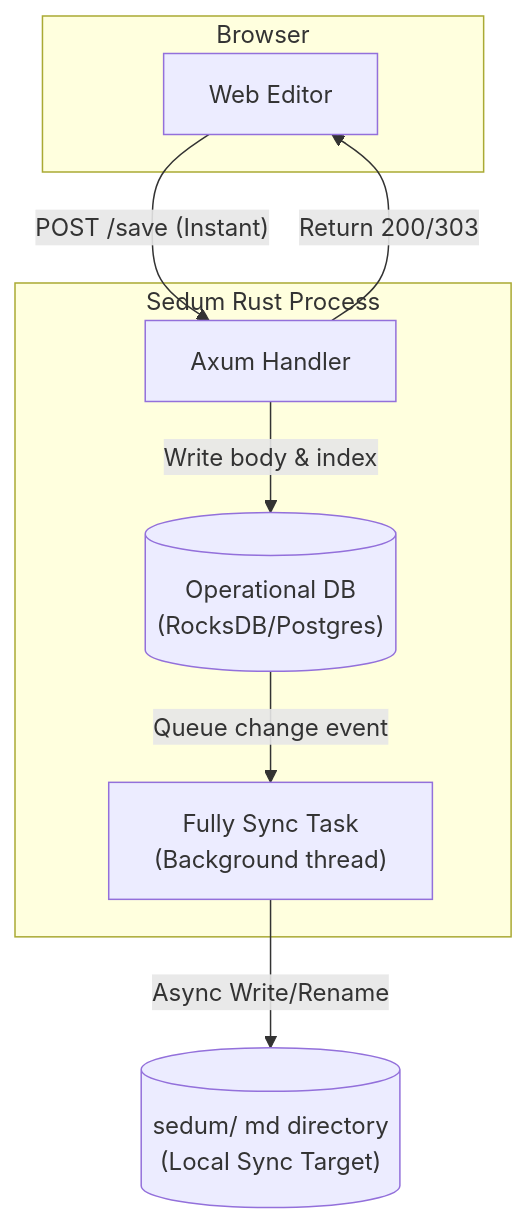
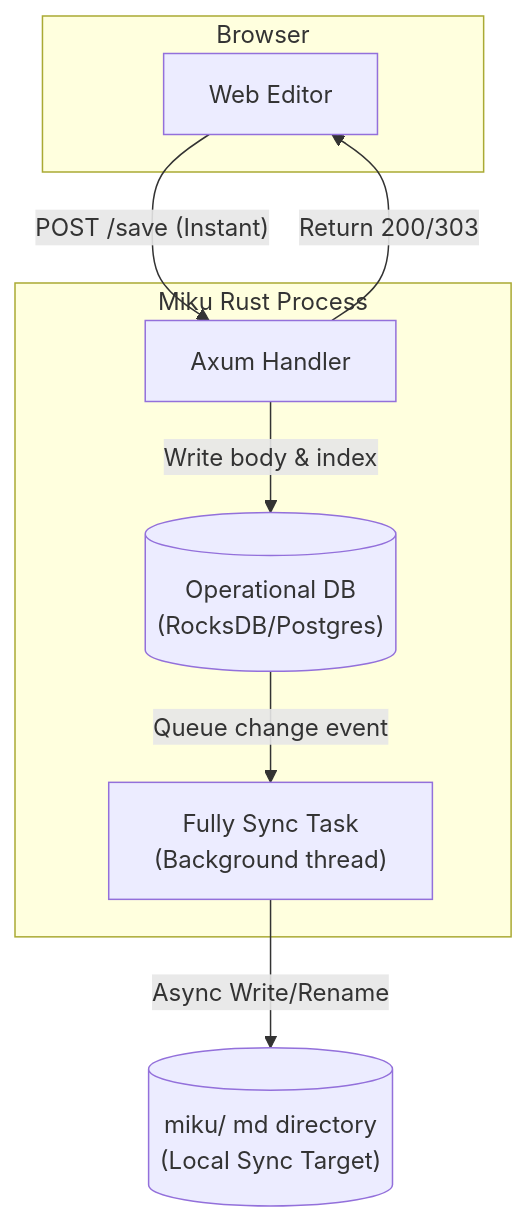
Before and after one commit to azusachino/sedum: the diagram in docs/rocksdb_and_sync_design.md, drawn with Mermaid. The commit also changed other lines of this file and 14 other files, not shown here.

````diff
--- a/docs/rocksdb_and_sync_design.md
+++ b/docs/rocksdb_and_sync_design.md
@@ -41,21 +41,21 @@
 ```mermaid
 flowchart TD
     subgraph Client ["Browser"]
         UI["Web Editor"]
     end
 
-    subgraph Server ["Sedum Rust Process"]
+    subgraph Server ["Miku Rust Process"]
         Axum["Axum Handler"]
         DB[("Operational DB\n(RocksDB/Postgres)")]
         SyncTask["Fully Sync Task\n(Background thread)"]
     end
 
-    FS[("sedum/ md directory\n(Local Sync Target)")]
+    FS[("miku/ md directory\n(Local Sync Target)")]
 
     UI -->|"POST /save (Instant)"| Axum
     Axum -->|"Write body & index"| DB
     Axum -->|"Return 200/303"| UI
 
     DB -->|"Queue change event"| SyncTask
     SyncTask -->|"Async Write/Rename"| FS
 ```
````
